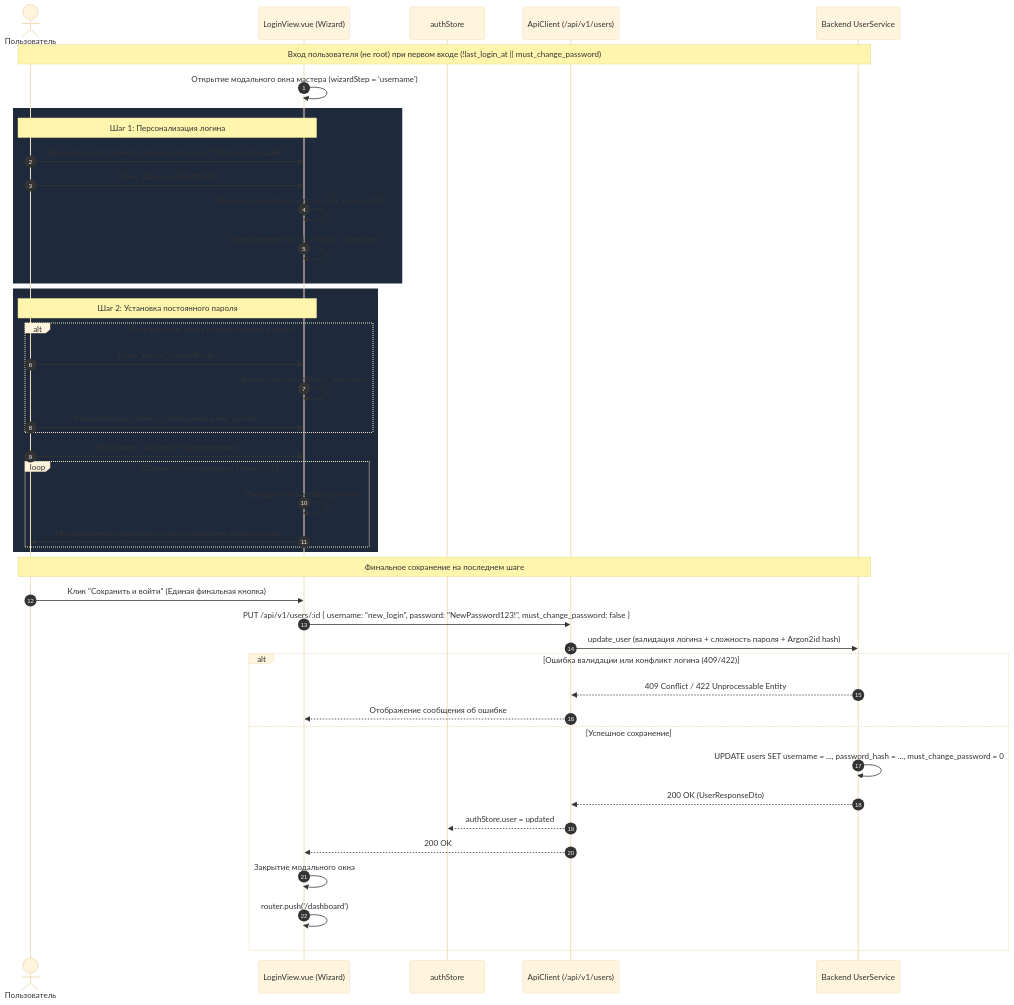
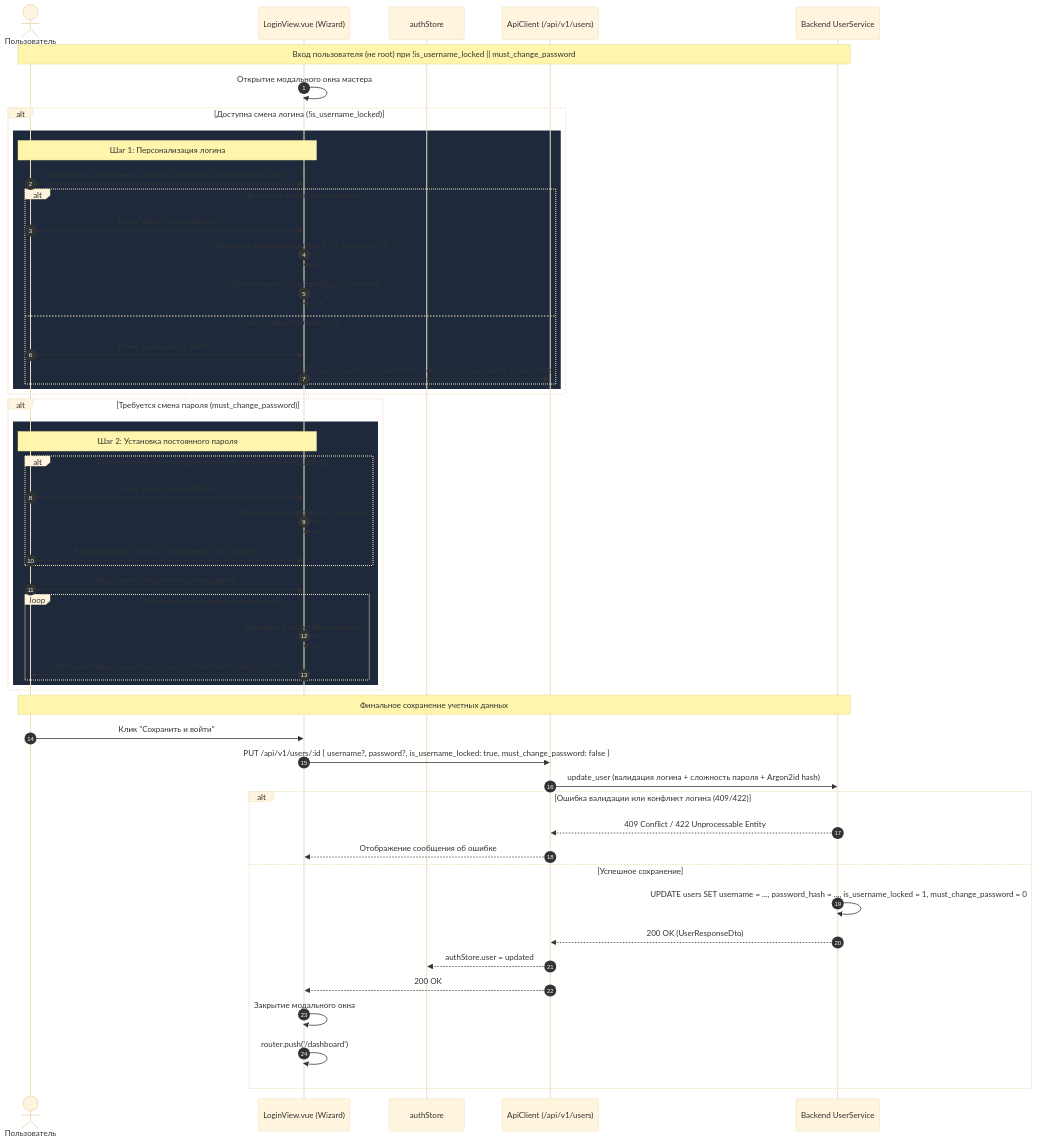
One commit to Apofixc/AetherCore changed the fifth of 6 diagrams in docs/architecture/FrontendArchitecture.md. Above: the diagram before and after it, drawn with Mermaid (base theme). The commit also changed other lines of this file and 10 other files, not shown here.

Commit message:
feat: implement user-level username locking and mandatory password update flow

````diff
--- a/docs/architecture/FrontendArchitecture.md
+++ b/docs/architecture/FrontendArchitecture.md
@@ -163,55 +167,62 @@
 ```mermaid
 sequenceDiagram
     autonumber
     actor User as Пользователь
     participant UI as LoginView.vue (Wizard)
     participant Store as authStore
     participant API as ApiClient (/api/v1/users)
     participant Core as Backend UserService
 
-    Note over User, Core: Вход пользователя (не root) при первом входе (!last_login_at || must_change_password)
-    UI->>UI: Открытие модального окна мастера (wizardStep = 'username')
+    Note over User, Core: Вход пользователя (не root) при !is_username_locked || must_change_password
+    UI->>UI: Открытие модального окна мастера
     
-    %% Шаг 1: Логин
-    rect rgb(30, 41, 59)
-        Note over User, UI: Шаг 1: Персонализация логина
-        User->>UI: Ввод нового постоянного логина (или клик "Оставить текущий")
-        User->>UI: Клик "Далее" (wizardNext)
-        UI->>UI: Локальная валидация (длина 3-32, regex a-z0-9._-)
-        UI->>UI: Переключение на wizardStep = 'password'
-    end
-
-    %% Шаг 2: Пароль
-    rect rgb(30, 41, 59)
-        Note over User, UI: Шаг 2: Установка постоянного пароля
-        alt Пользователь хочет скорректировать логин
-            User->>UI: Клик "Назад" (wizardBack)
-            UI->>UI: Возврат на wizardStep = 'username'
-            User->>UI: Корректировка логина и повторный клик "Далее"
-        end
-
-        User->>UI: Ввод нового пароля и подтверждения
-        loop Динамическая проверка сложности
-            UI->>UI: Проверка passwordRequirements
-            UI->>User: Интерактивная подсветка чек-листа политики безопасности
+    alt Доступна смена логина (!is_username_locked)
+        rect rgb(30, 41, 59)
+            Note over User, UI: Шаг 1: Персонализация логина
+            User->>UI: Ввод нового постоянного логина (или клик "Оставить текущий")
+            alt Требуется также смена пароля
+                User->>UI: Клик "Далее" (wizardNext)
+                UI->>UI: Локальная валидация (длина 3-32, regex a-z0-9._-)
+                UI->>UI: Переключение на wizardStep = 'password'
+            else Смена пароля отключена
+                User->>UI: Клик "Сохранить и войти"
+                UI->>API: PUT /api/v1/users/:id { username: "new_login", is_username_locked: true }
+            end
         end
     end
 
-    %% Финальное атомарное сохранение
-    Note over User, Core: Финальное сохранение на последнем шаге
-    User->>UI: Клик "Сохранить и войти" (Единая финальная кнопка)
-    UI->>API: PUT /api/v1/users/:id { username: "new_login", password: "NewPassword123!", must_change_password: false }
+    alt Требуется смена пароля (must_change_password)
+        rect rgb(30, 41, 59)
+            Note over User, UI: Шаг 2: Установка постоянного пароля
+            alt Пользователь хочет скорректировать логин (если был Шаг 1)
+                User->>UI: Клик "Назад" (wizardBack)
+                UI->>UI: Возврат на wizardStep = 'username'
+                User->>UI: Корректировка логина и повторный клик "Далее"
+            end
+
+            User->>UI: Ввод нового пароля и подтверждения
+            loop Динамическая проверка сложности
+                UI->>UI: Проверка passwordRequirements
+                UI->>User: Интерактивная подсветка чек-листа политики безопасности
+            end
+        end
+    end
+
+    %% Финальное сохранение
+    Note over User, Core: Финальное сохранение учетных данных
+    User->>UI: Клик "Сохранить и войти"
+    UI->>API: PUT /api/v1/users/:id { username?, password?, is_username_locked: true, must_change_password: false }
     API->>Core: update_user (валидация логина + сложность пароля + Argon2id hash)
     
     alt Ошибка валидации или конфликт логина (409/422)
         Core-->>API: 409 Conflict / 422 Unprocessable Entity
         API-->>UI: Отображение сообщения об ошибке
     else Успешное сохранение
-        Core->>Core: UPDATE users SET username = ..., password_hash = ..., must_change_password = 0
+        Core->>Core: UPDATE users SET username = ..., password_hash = ..., is_username_locked = 1, must_change_password = 0
         Core-->>API: 200 OK (UserResponseDto)
         API-->>Store: authStore.user = updated
         API-->>UI: 200 OK
         UI->>UI: Закрытие модального окна
         UI->>UI: router.push('/dashboard')
     end
 ```
````
